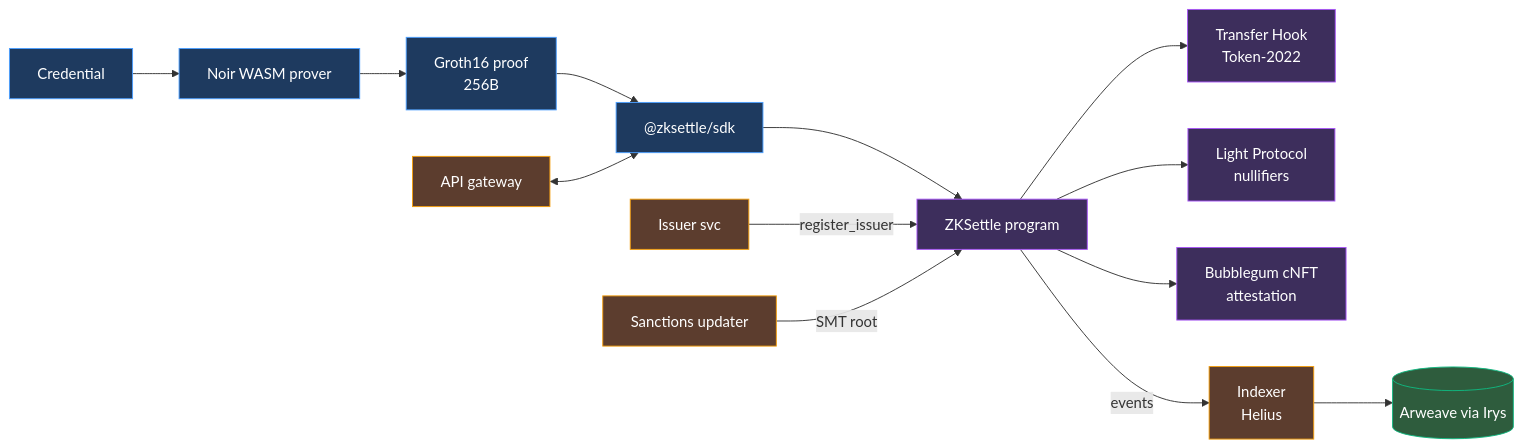
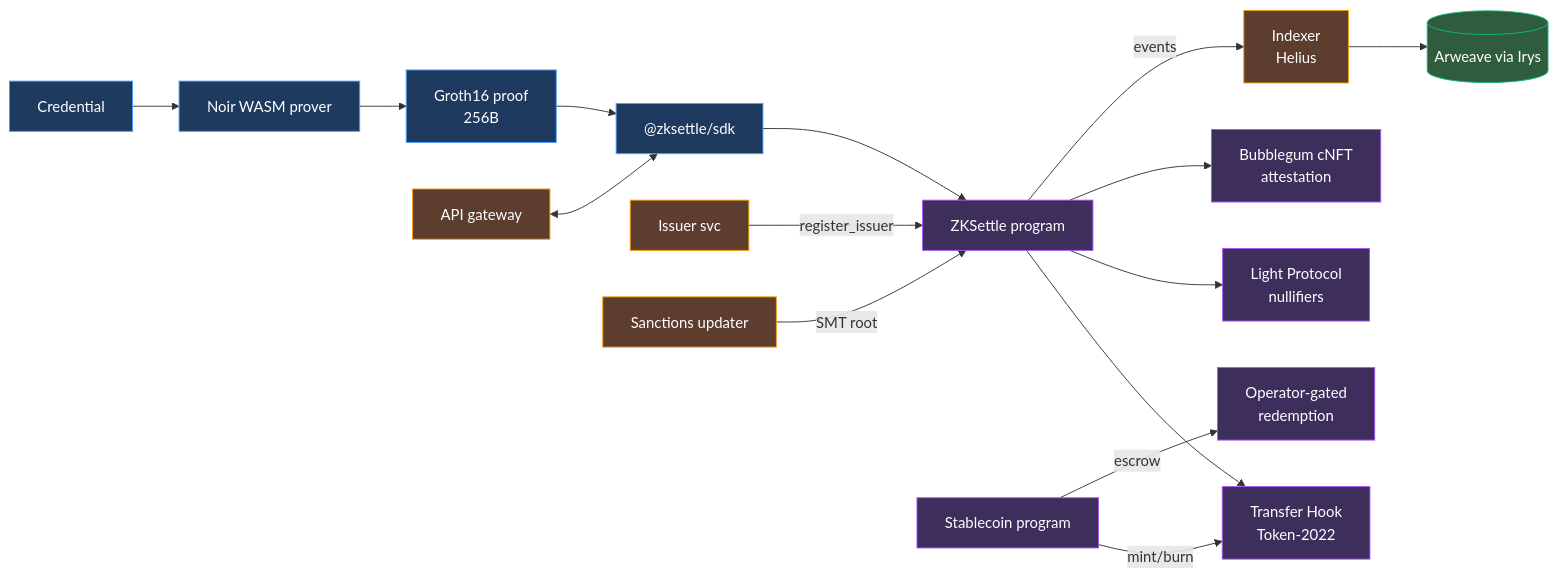
Before and after one commit to yuribodo/zksettle: the first of 2 diagrams in README.md, drawn with Mermaid. The commit also changed other lines of this file, not shown here.

Commit message:
docs: add stablecoin program to README architecture and layout

````diff
--- a/README.md
+++ b/README.md
@@ -60,24 +60,26 @@
 ```mermaid
 flowchart LR
     Cred[Credential] --> Prover[Noir WASM prover]
     Prover --> Proof[Groth16 proof<br/>256B]
     Proof --> SDK["@zksettle/sdk"]
     SDK --> Program
     Issuer[Issuer svc] -->|register_issuer| Program
     Sanctions[Sanctions updater] -->|SMT root| Program
     API[API gateway] <--> SDK
     Program[ZKSettle program] --> Hook[Transfer Hook<br/>Token-2022]
     Program --> Light[Light Protocol<br/>nullifiers]
     Program --> cNFT[Bubblegum cNFT<br/>attestation]
     Program -->|events| Indexer
+    Stable[Stablecoin program] -->|mint/burn| Hook
+    Stable -->|escrow| Redemption[Operator-gated<br/>redemption]
     Indexer[Indexer<br/>Helius] --> Arweave[(Arweave via Irys)]
 
     classDef browser fill:#1e3a5f,stroke:#4a9eff,color:#fff
     classDef chain fill:#3d2e5c,stroke:#a855f7,color:#fff
     classDef rust fill:#5c3d2e,stroke:#f59e0b,color:#fff
     classDef storage fill:#2e5c3d,stroke:#10b981,color:#fff
     class Cred,Prover,Proof,SDK browser
-    class Program,Hook,Light,cNFT chain
+    class Program,Hook,Light,cNFT,Stable,Redemption chain
     class Issuer,Sanctions,Indexer,API rust
     class Arweave storage
 ```
````
